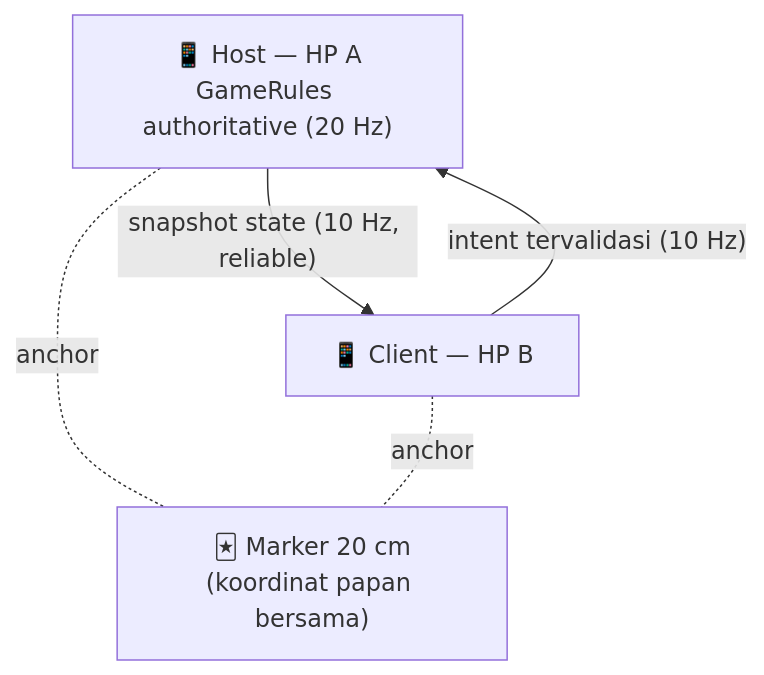
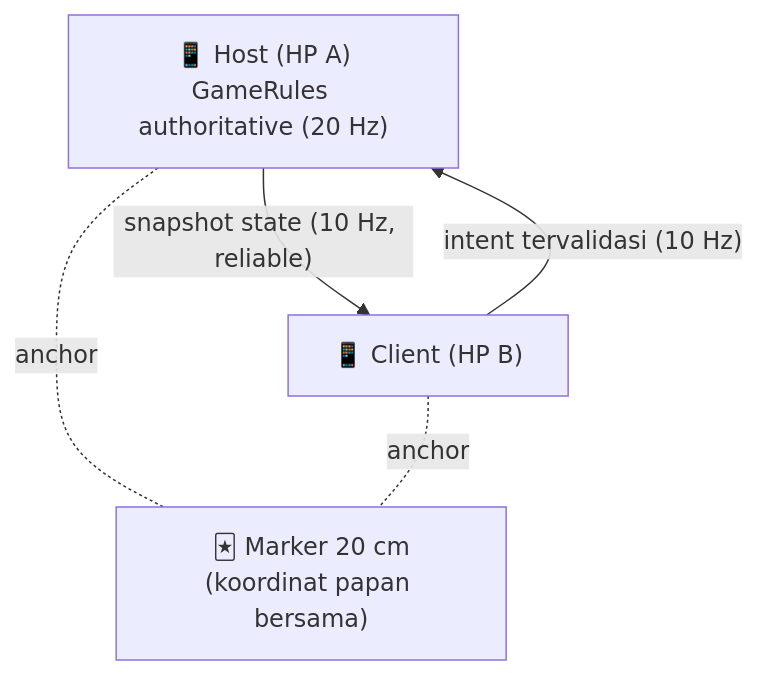
One commit to fathahnoor/paket-panik changed the diagram in README.md. Above: the diagram before and after it, drawn with Mermaid. The commit also changed other lines of this file and 2 other files, not shown here.

````diff
--- a/README.md
+++ b/README.md
@@ -53,10 +53,10 @@
 ```mermaid
 flowchart TB
-  H["📱 Host — HP A<br/>GameRules authoritative (20 Hz)"]
-  C["📱 Client — HP B"]
+  H["📱 Host (HP A)<br/>GameRules authoritative (20 Hz)"]
+  C["📱 Client (HP B)"]
   M["🃏 Marker 20 cm<br/>(koordinat papan bersama)"]
   H -- "snapshot state (10 Hz, reliable)" --> C
   C -- "intent tervalidasi (10 Hz)" --> H
   H -. "anchor" .- M
   C -. "anchor" .- M
 ```
````
